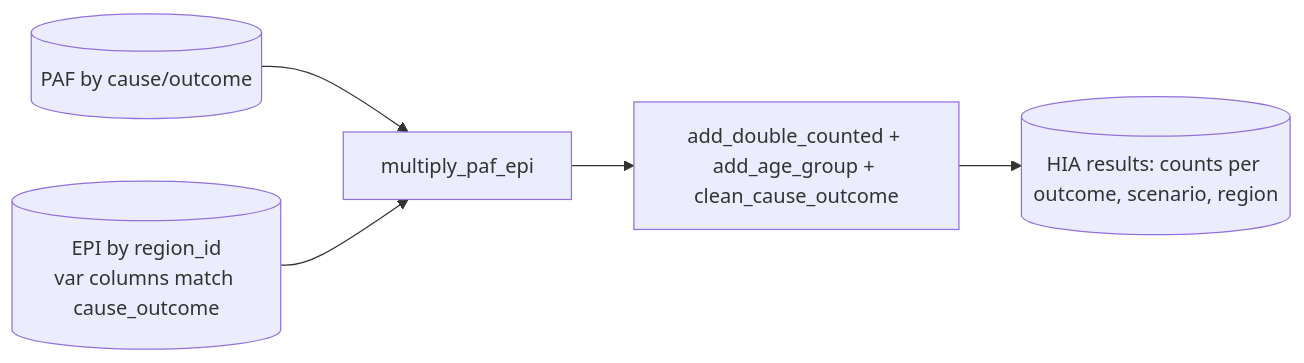
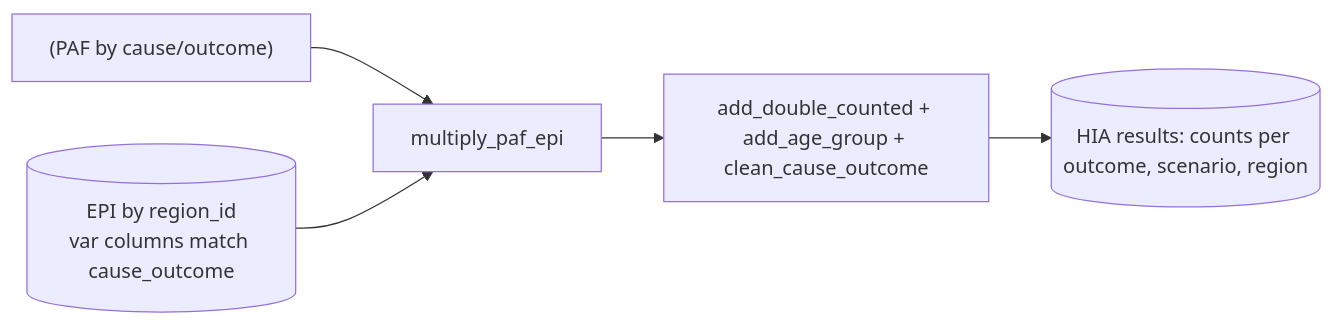
The third of 4 diagrams in doc/hia_overview.md (energyandcleanair/creahia), drawn with Mermaid before and after one commit. The commit also changed other lines of this file, not shown here.

Commit message:
-fixing charts

````diff
--- a/doc/hia_overview.md
+++ b/doc/hia_overview.md
@@ -111,7 +111,7 @@
 ```mermaid
 flowchart LR
-  A[(PAF by cause/outcome)] --> C[multiply_paf_epi]
+  A["(PAF by cause/outcome)"] --> C[multiply_paf_epi]
   B[(EPI by region_id<br/>var columns match cause_outcome)] --> C
   C --> D[add_double_counted + add_age_group + clean_cause_outcome]
   D --> E[(HIA results: counts per outcome, scenario, region)]
 ```
````
